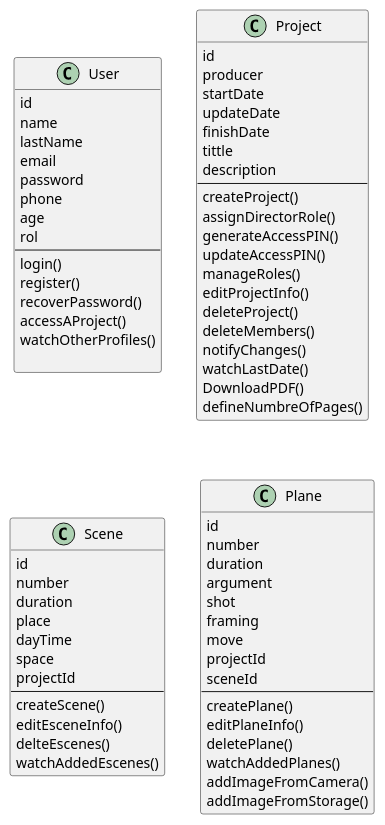
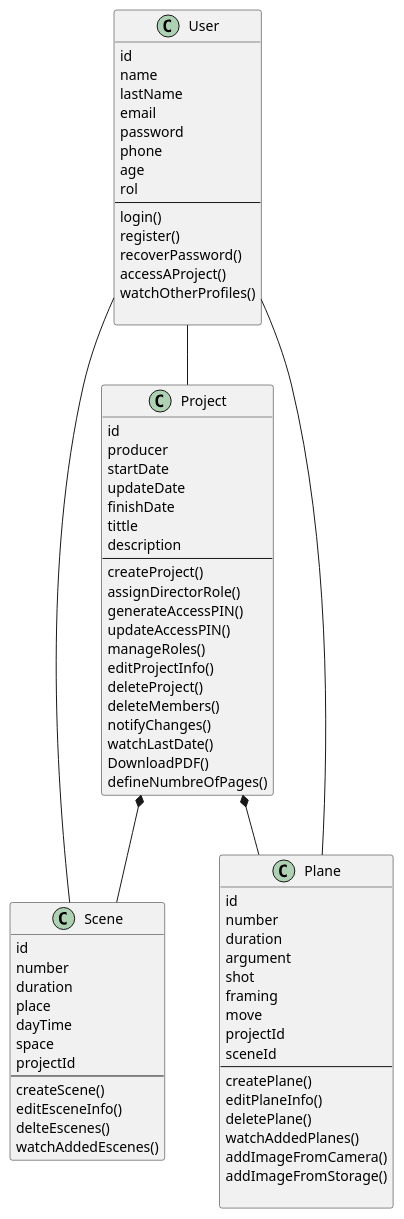
One commit to Erick-Parrado/Storyboard-Generator-Diagramas changed the diagram in ao.puml. Above: the diagram before and after it, drawn with PlantUML.

Commit message:
relaciones

```diff
--- a/ao.puml
+++ b/ao.puml
@@ -1,76 +1,83 @@
 @startuml StoryboarGenerator-AO
 
 class User{
     id
     name
     lastName
     email
     password
     phone
     age
     rol
     ---
     login()
     register()
     recoverPassword()
     accessAProject()
     watchOtherProfiles()
     
 }
 
 class Project{
     id
     producer
     startDate
     updateDate
     finishDate
     tittle
     description
     ---
     createProject()
     assignDirectorRole()
     generateAccessPIN()
     updateAccessPIN()
     manageRoles()
     editProjectInfo()
     deleteProject()
     deleteMembers()
     notifyChanges()
     watchLastDate()
     DownloadPDF()
     defineNumbreOfPages()
 }
 class Scene{
     id
     number
     duration
     place
     dayTime
     space
     projectId
     ---
     createScene()
     editEsceneInfo()
     delteEscenes()
     watchAddedEscenes()
 }
 class Plane{
     id
     number
     duration
     argument
     shot
     framing
     move
     projectId
     sceneId
     ---
     createPlane()
     editPlaneInfo()
     deletePlane()
     watchAddedPlanes()
     addImageFromCamera()
     addImageFromStorage()
+    
 }
 
+User--Project
+Project*--Plane
+Project*--Scene
+User--Plane
+User--Scene
+
 @enduml
```
